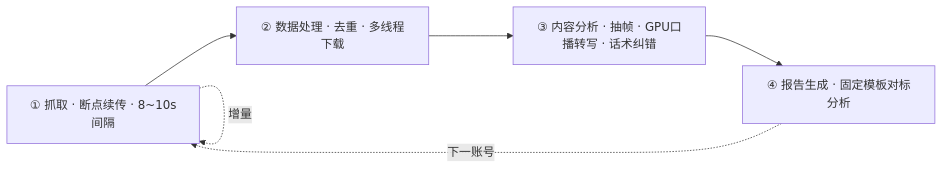
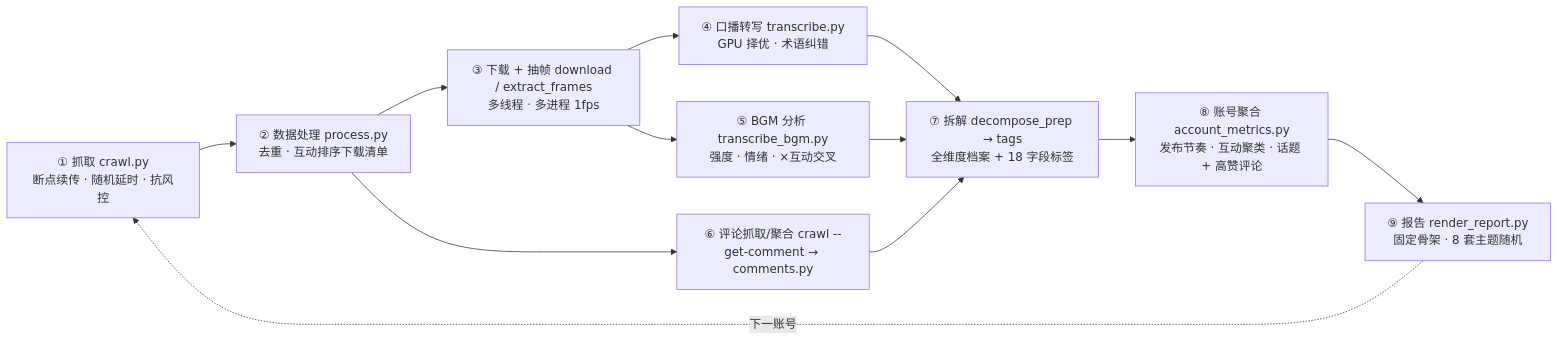
One commit to sdhack/douyin-crawl-report changed the diagram in README.md. Above: the diagram before and after it, drawn with Mermaid. The commit also changed other lines of this file and 63 other files, not shown here.

````diff
--- a/README.md
+++ b/README.md
@@ -18,8 +18,14 @@
 ```mermaid
 flowchart LR
-    A["① 抓取 · 断点续传 · 8~10s间隔"] --> B["② 数据处理 · 去重 · 多线程下载"]
-    B --> C["③ 内容分析 · 抽帧 · GPU口播转写 · 话术纠错"]
-    C --> D["④ 报告生成 · 固定模板对标分析"]
-    A -.->|增量| A
-    D -.->|下一账号| A
+    A["① 抓取 crawl.py<br/>断点续传 · 随机延时 · 抗风控"] --> B["② 数据处理 process.py<br/>去重 · 互动排序下载清单"]
+    B --> C["③ 下载 + 抽帧 download / extract_frames<br/>多线程 · 多进程 1fps"]
+    C --> D["④ 口播转写 transcribe.py<br/>GPU 择优 · 术语纠错"]
+    C --> E["⑤ BGM 分析 transcribe_bgm.py<br/>强度 · 情绪 · ×互动交叉"]
+    B --> F["⑥ 评论抓取/聚合 crawl --get-comment → comments.py"]
+    D --> G["⑦ 拆解 decompose_prep → tags<br/>全维度档案 + 18 字段标签"]
+    F --> G
+    E --> G
+    G --> H["⑧ 账号聚合 account_metrics.py<br/>发布节奏 · 互动聚类 · 话题 + 高赞评论"]
+    H --> I["⑨ 报告 render_report.py<br/>固定骨架 · 8 套主题随机"]
+    I -.->|下一账号| A
 ```
````
